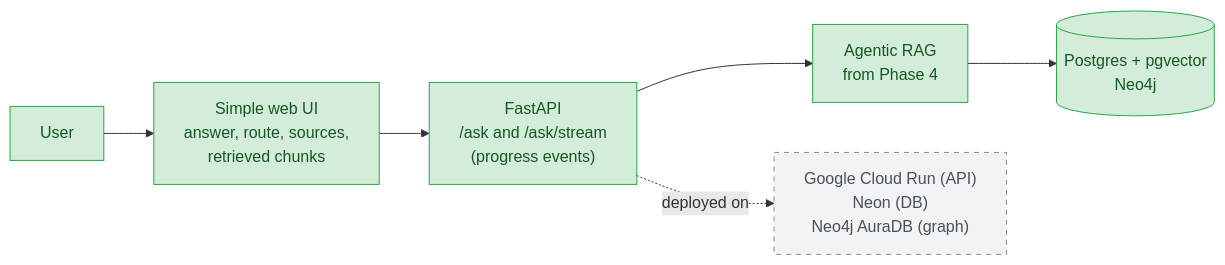
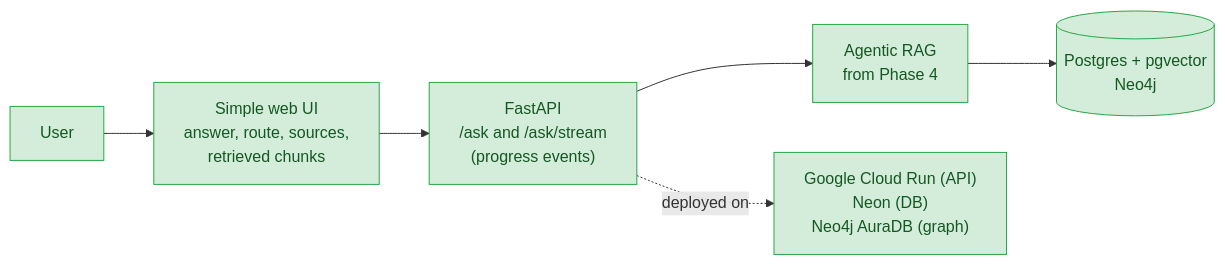
One commit to madeleine68/Reportlens changed the ninth of 11 diagrams in README.md. Above: the diagram before and after it, drawn with Mermaid. The commit also changed other lines of this file and 1 other file, not shown here.

Commit message:
README: architecture diagram, headline results, Phase 3/4 results, design decisions

````diff
--- a/README.md
+++ b/README.md
@@ -357,13 +457,12 @@
 ```mermaid
 flowchart LR
     user["User"] --> ui["Simple web UI<br/>answer, route, sources,<br/>retrieved chunks"]
     ui --> api["FastAPI<br/>/ask and /ask/stream<br/>(progress events)"]
     api --> agent["Agentic RAG<br/>from Phase 4"]
     agent --> dbs[("Postgres + pgvector<br/>Neo4j")]
     api -.->|"deployed on"| cloud["Google Cloud Run (API)<br/>Neon (DB)<br/>Neo4j AuraDB (graph)"]
 
     classDef planned fill:#f1f3f5,stroke:#868e96,color:#495057,stroke-dasharray: 5 5
     classDef done fill:#d4edda,stroke:#28a745,color:#155724
-    class user,ui,api,agent,dbs done
-    class cloud planned
+    class user,ui,api,agent,dbs,cloud done
 ```
````
